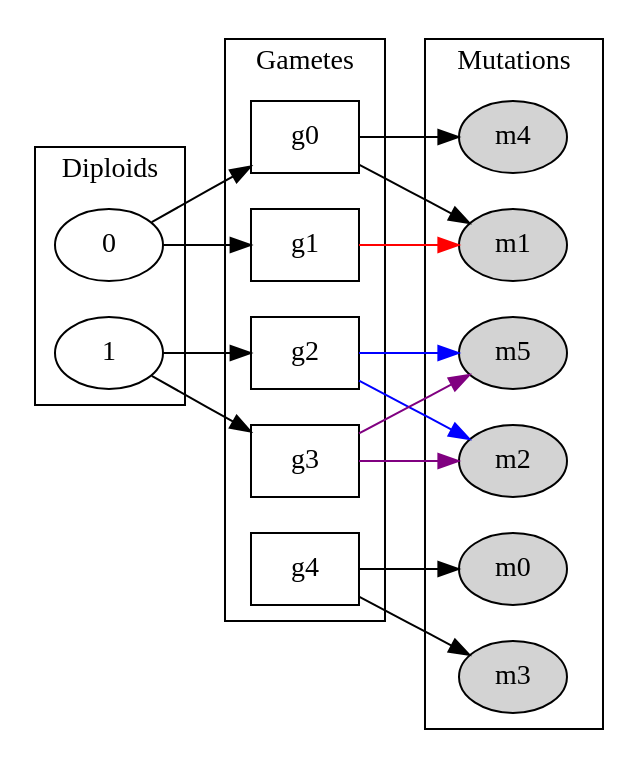
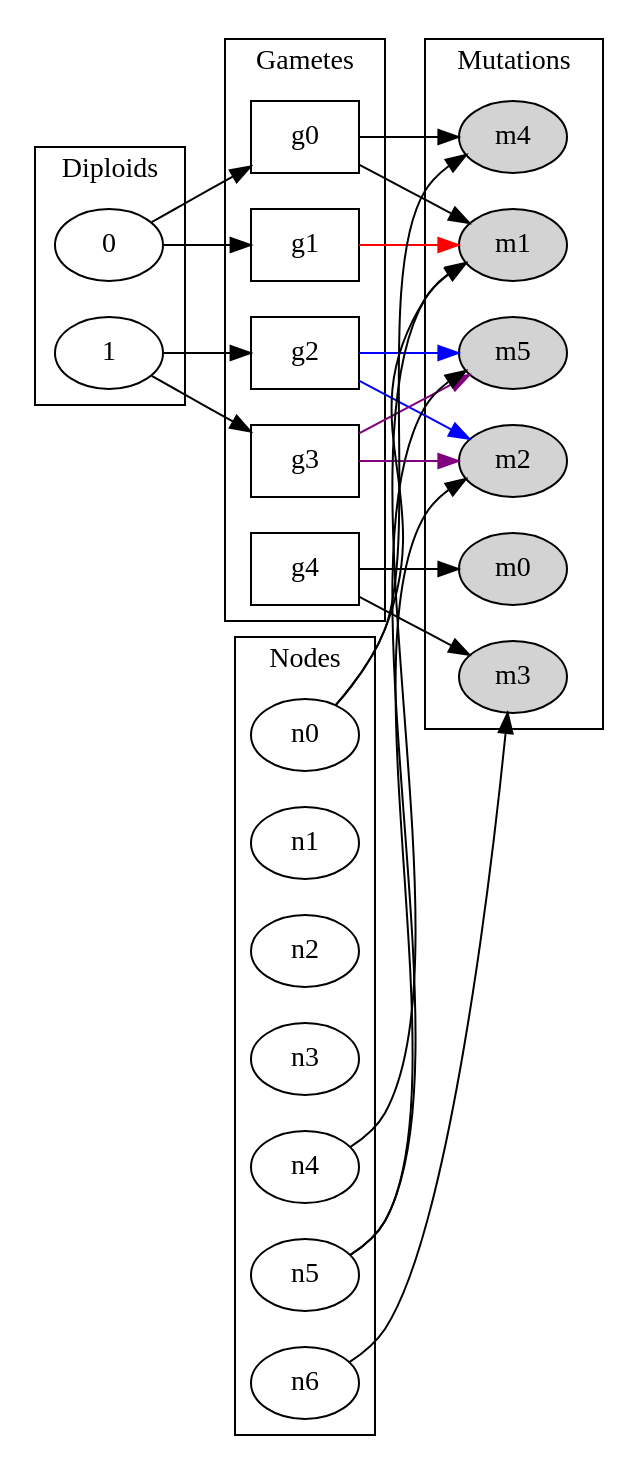
One commit to molpopgen/fwdpp_tsms changed the diagram in figs/datastructures.dot. Above: the diagram before and after it, drawn with Graphviz.

Commit message:
Add nodes

```diff
--- a/figs/datastructures.dot
+++ b/figs/datastructures.dot
@@ -1,36 +1,48 @@
 digraph d {
     graph[rankdir=LR]
 
     subgraph cluster_diploids {
     node [shape=oval]
     0 
     1
     label="Diploids"
     }
 
     subgraph cluster_gametes {
     node [shape=box]
     g0
     g1
     g2
     g3
     g4
     label="Gametes"
     }
 
     0 -> {g0, g1}
     1 -> {g2, g3}
 
     subgraph cluster_mutations {
     node [style=filled]
     m0  m1 m2  m3  m4  m5
     label="Mutations"
     }
 
     g0 -> {m1,m4} 
     g1 -> {m1} [color="red"]
     g2 -> {m2,m5} [color="blue"]
     g3 -> {m2,m5} [color="purple"]
     g4 -> {m0,m3}
 
+    subgraph cluster_nodes
+    {
+    n0 n1 n2 n3 n4 n5 n6
+    label="Nodes"
+    }
+
+    n0 -> m1 ;
+    n0 -> m4
+    n4 -> m1
+    n5 -> {m2,m5}
+    n6 -> m3 ;
+
 }
```
